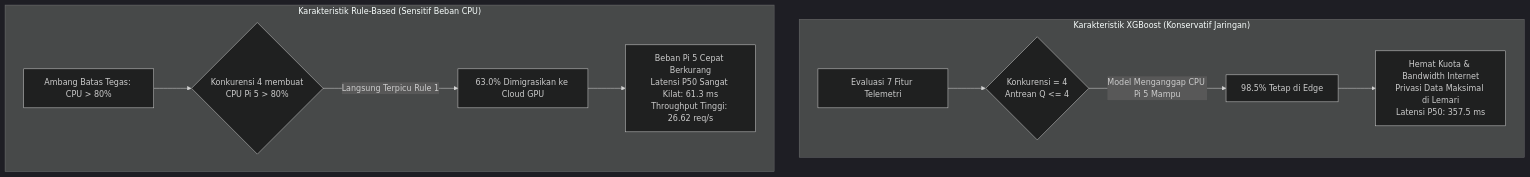
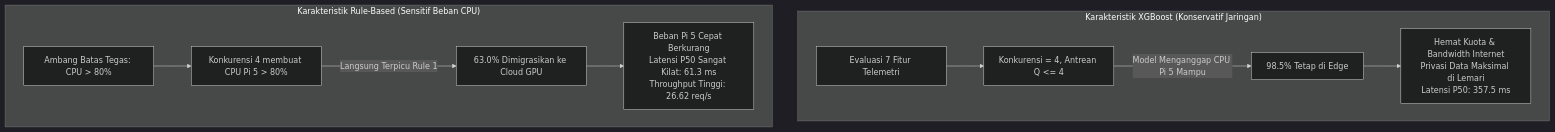
One commit to executeid/penlok changed the second of 2 diagrams in BENCHMARK_COMPARISON_XGB_VS_RULE.md. Above: the diagram before and after it, drawn with Mermaid (dark theme). The commit also changed other lines of this file, not shown here.

Commit message:
fix(docs): quote mermaid edge labels and sanitize syntax in benchmark comparison report

````diff
--- a/BENCHMARK_COMPARISON_XGB_VS_RULE.md
+++ b/BENCHMARK_COMPARISON_XGB_VS_RULE.md
@@ -94,14 +94,14 @@
 ```mermaid
 flowchart TD
     subgraph KarakterXGB ["Karakteristik XGBoost (Konservatif Jaringan)"]
-        X1["Evaluasi 7 Fitur Telemetri"] --> X2{"Konkurensi = 4\nAntrean Q <= 4"}
-        X2 -->|Model Menganggap CPU Pi 5 Mampu| X3["98.5% Tetap di Edge"]
+        X1["Evaluasi 7 Fitur Telemetri"] --> X2["Konkurensi = 4, Antrean Q <= 4"]
+        X2 -->|"Model Menganggap CPU Pi 5 Mampu"| X3["98.5% Tetap di Edge"]
         X3 --> X4["Hemat Kuota & Bandwidth Internet\nPrivasi Data Maksimal di Lemari\nLatensi P50: 357.5 ms"]
     end
 
     subgraph KarakterRule ["Karakteristik Rule-Based (Sensitif Beban CPU)"]
-        R1["Ambang Batas Tegas: CPU > 80%"] --> R2{"Konkurensi 4 membuat\nCPU Pi 5 > 80%"}
-        R2 -->|Langsung Terpicu Rule 1| R3["63.0% Dimigrasikan ke Cloud GPU"]
+        R1["Ambang Batas Tegas: CPU > 80%"] --> R2["Konkurensi 4 membuat CPU Pi 5 > 80%"]
+        R2 -->|"Langsung Terpicu Rule 1"| R3["63.0% Dimigrasikan ke Cloud GPU"]
         R3 --> R4["Beban Pi 5 Cepat Berkurang\nLatensi P50 Sangat Kilat: 61.3 ms\nThroughput Tinggi: 26.62 req/s"]
     end
 ```
````
